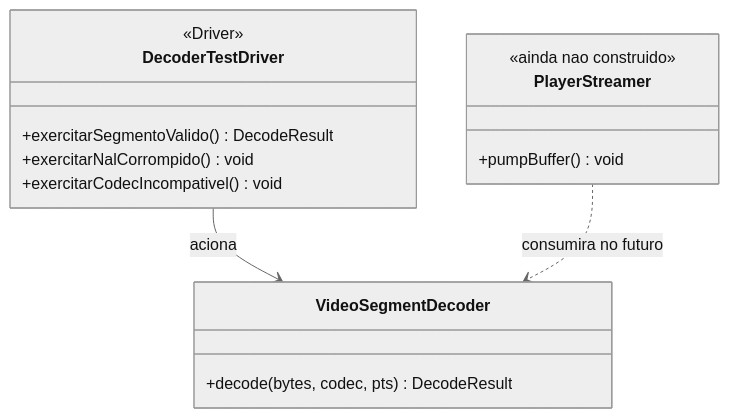
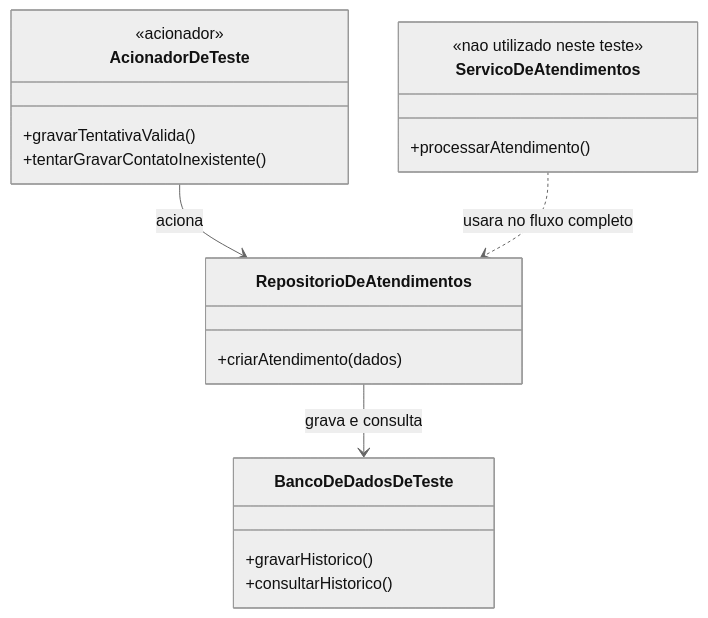
One commit to DiogoBAguiar/atividade-testes-software changed the fifth of 14 diagrams in README.md. Above: the diagram before and after it, drawn with Mermaid (neutral theme). The commit also changed other lines of this file and 37 other files, not shown here.

````diff
--- a/README.md
+++ b/README.md
@@ -305,21 +175,23 @@
 ```mermaid
 classDiagram
-    class VideoSegmentDecoder {
-        +decode(bytes, codec, pts) DecodeResult
+    class AcionadorDeTeste {
+        <<acionador>>
+        +gravarTentativaValida()
+        +tentarGravarContatoInexistente()
+    }
+    class RepositorioDeAtendimentos {
+        +criarAtendimento(dados)
+    }
+    class BancoDeDadosDeTeste {
+        +gravarHistorico()
+        +consultarHistorico()
+    }
+    class ServicoDeAtendimentos {
+        <<nao utilizado neste teste>>
+        +processarAtendimento()
     }
 
-    class DecoderTestDriver {
-        <<Driver>>
-        +exercitarSegmentoValido() DecodeResult
-        +exercitarNalCorrompido() void
-        +exercitarCodecIncompativel() void
-    }
-
-    class PlayerStreamer {
-        <<ainda nao construido>>
-        +pumpBuffer() void
-    }
-
-    DecoderTestDriver --> VideoSegmentDecoder : aciona
-    PlayerStreamer ..> VideoSegmentDecoder : consumira no futuro
+    AcionadorDeTeste --> RepositorioDeAtendimentos : aciona
+    RepositorioDeAtendimentos --> BancoDeDadosDeTeste : grava e consulta
+    ServicoDeAtendimentos ..> RepositorioDeAtendimentos : usara no fluxo completo
 ```
````
